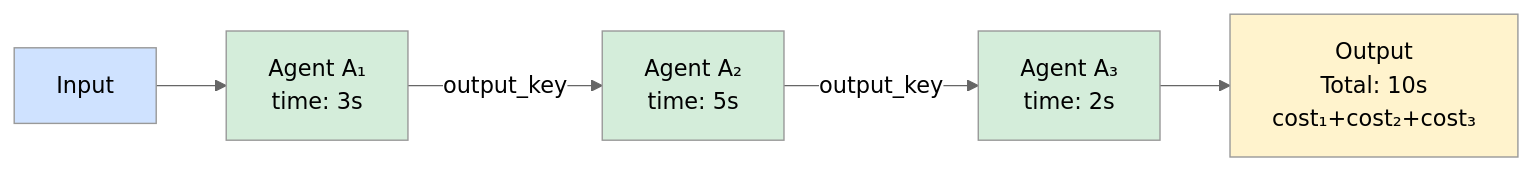
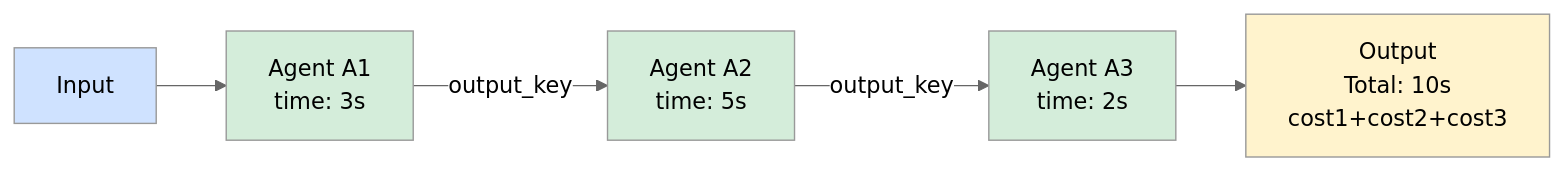
Before and after one commit to xkrajnan/Agentic_Design_Patterns: diagram 16 of 37 in docs/10_UNIFIED_THEORY.md, drawn with Mermaid (neutral theme). The commit also changed other lines of this file, not shown here.

First line of the commit message:
Fix Mermaid diagram rendering by replacing Unicode subscripts

````diff
--- a/docs/10_UNIFIED_THEORY.md
+++ b/docs/10_UNIFIED_THEORY.md
@@ -955,19 +955,19 @@
 ```mermaid
 flowchart LR
     Input[Input]
-    A1[Agent A₁<br/>time: 3s]
-    A2[Agent A₂<br/>time: 5s]
-    A3[Agent A₃<br/>time: 2s]
-    Output[Output<br/>Total: 10s<br/>cost₁+cost₂+cost₃]
+    A1[Agent A1<br/>time: 3s]
+    A2[Agent A2<br/>time: 5s]
+    A3[Agent A3<br/>time: 2s]
+    Output[Output<br/>Total: 10s<br/>cost1+cost2+cost3]
 
     Input --> A1
     A1 -->|output_key| A2
     A2 -->|output_key| A3
     A3 --> Output
 
     style Input fill:#cfe2ff
     style A1 fill:#d4edda
     style A2 fill:#d4edda
     style A3 fill:#d4edda
     style Output fill:#fff3cd
 ```
````
